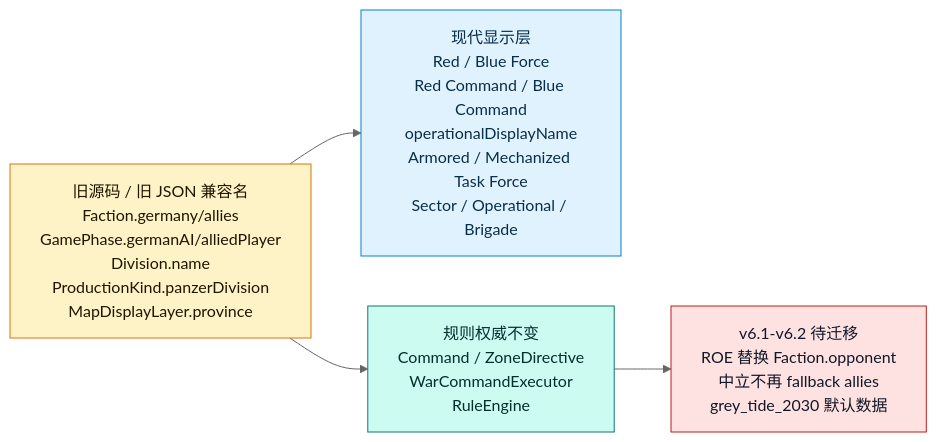
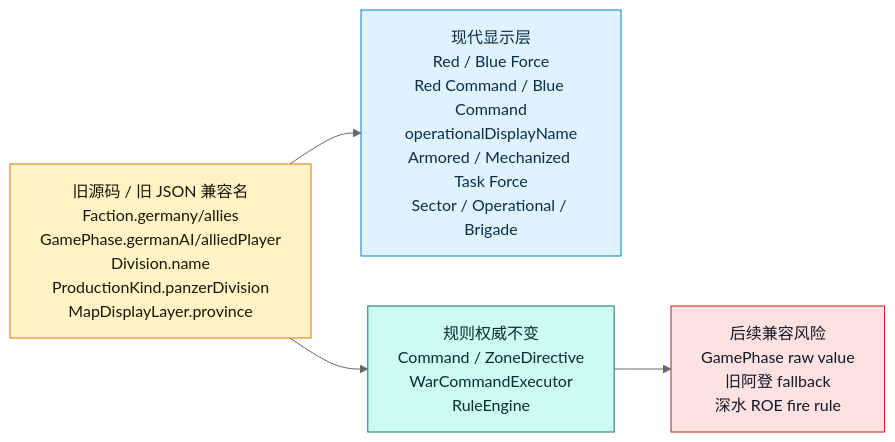
Before and after one commit to Altman-sam114/127: the second of 20 diagrams in md/flow/flowchart.md, drawn with Mermaid (neutral theme). The commit also changed other lines of this file and 43 other files, not shown here.

````diff
--- a/md/flow/flowchart.md
+++ b/md/flow/flowchart.md
@@ -69,16 +69,16 @@
 ```mermaid
 flowchart LR
     LEGACY["旧源码 / 旧 JSON 兼容名<br/>Faction.germany/allies<br/>GamePhase.germanAI/alliedPlayer<br/>Division.name<br/>ProductionKind.panzerDivision<br/>MapDisplayLayer.province"]:::legacy
     DISPLAY["现代显示层<br/>Red / Blue Force<br/>Red Command / Blue Command<br/>operationalDisplayName<br/>Armored / Mechanized Task Force<br/>Sector / Operational / Brigade"]:::display
     RULES["规则权威不变<br/>Command / ZoneDirective<br/>WarCommandExecutor<br/>RuleEngine"]:::rules
-    RISK["v6.1-v6.2 待迁移<br/>ROE 替换 Faction.opponent<br/>中立不再 fallback allies<br/>grey_tide_2030 默认数据"]:::risk
+    RISK["后续兼容风险<br/>GamePhase raw value<br/>旧阿登 fallback<br/>深水 ROE fire rule"]:::risk
 
     LEGACY --> DISPLAY
     LEGACY --> RULES
     RULES --> RISK
 
     classDef legacy fill:#fef3c7,stroke:#d97706,color:#1f1600
     classDef display fill:#e0f2fe,stroke:#0284c7,color:#082f49
     classDef rules fill:#ccfbf1,stroke:#0f766e,color:#042f2e
     classDef risk fill:#fee2e2,stroke:#b91c1c,color:#111827
 ```
````
